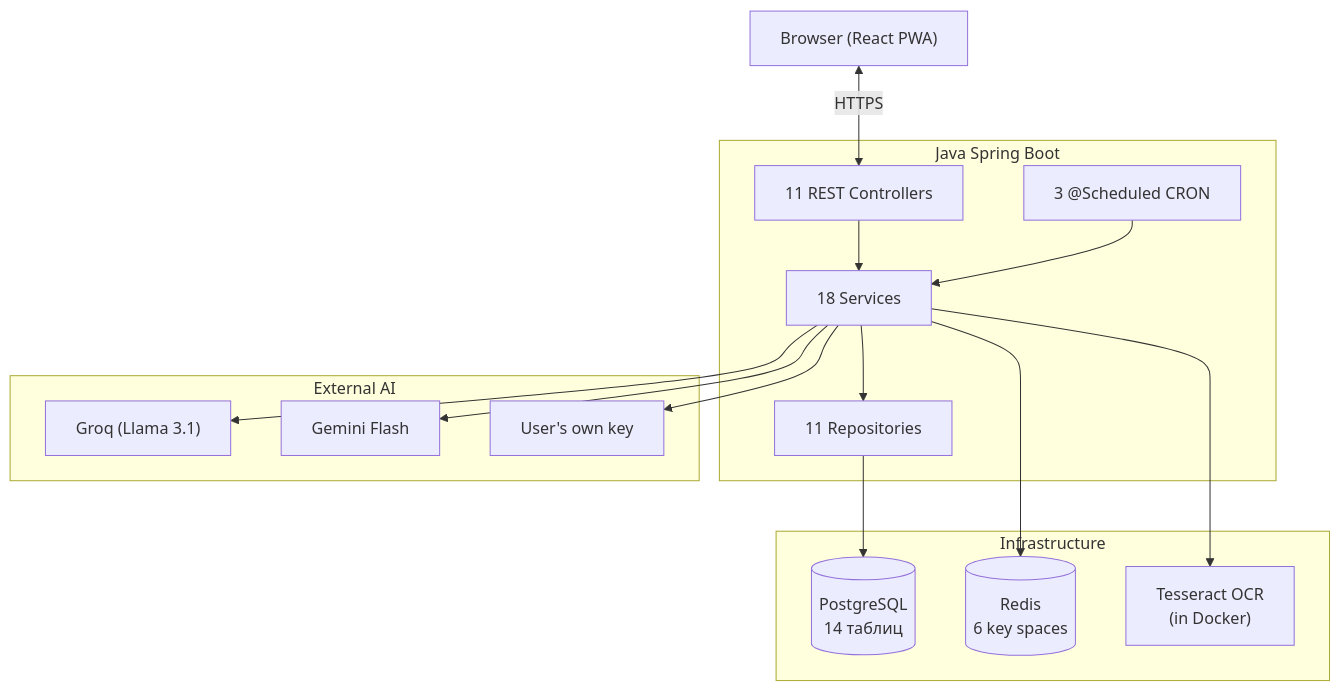
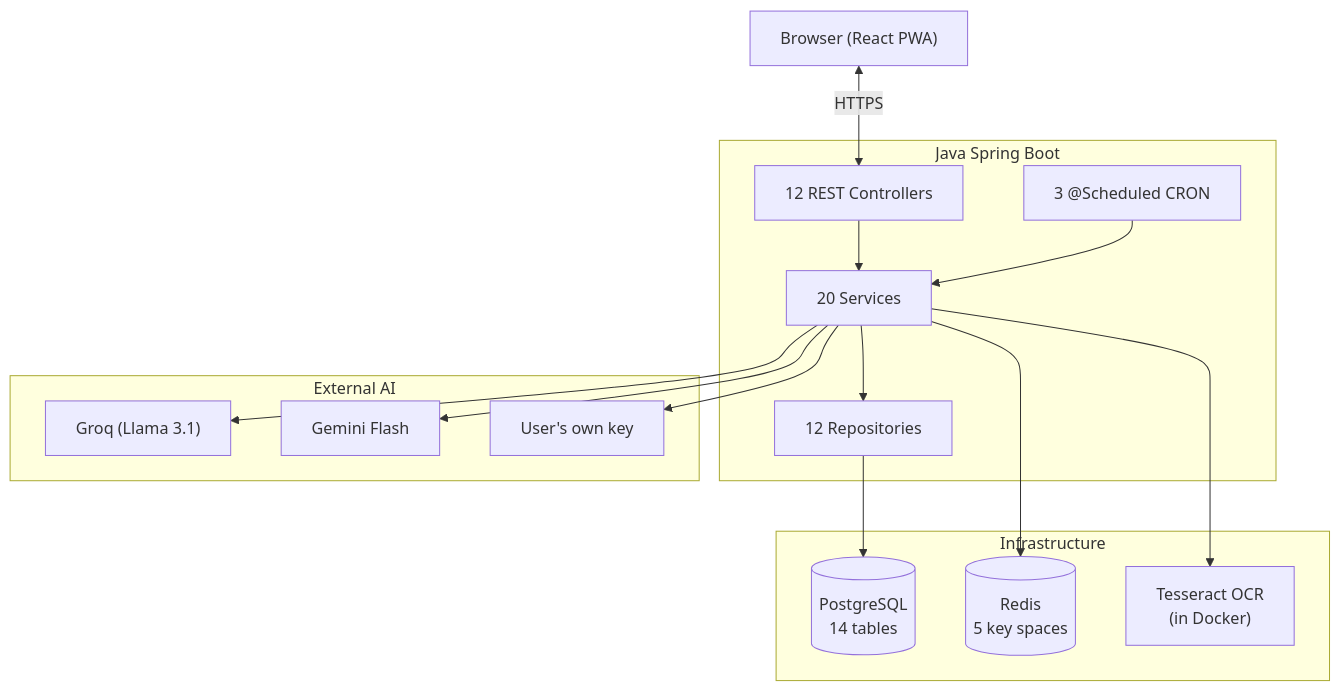
The second of 5 diagrams in docs/README.md (botmaksim/lingua-optima), drawn with Mermaid before and after one commit. The commit also changed other lines of this file and 6 other files, not shown here.

````diff
--- a/docs/README.md
+++ b/docs/README.md
@@ -113,34 +113,34 @@
 ```mermaid
 flowchart TD
     Client["Browser (React PWA)"]
     
     subgraph Backend ["Java Spring Boot"]
-        Controllers["11 REST Controllers"]
-        Services["18 Services"]
-        Repos["11 Repositories"]
+        Controllers["12 REST Controllers"]
+        Services["20 Services"]
+        Repos["12 Repositories"]
         Schedulers["3 @Scheduled CRON"]
     end
 
     subgraph External ["External AI"]
         GROQ["Groq (Llama 3.1)"]
         GEM["Gemini Flash"]
         OWN["User's own key"]
     end
 
     subgraph Infra ["Infrastructure"]
-        PG[("PostgreSQL\n14 таблиц")]
-        RD[("Redis\n6 key spaces")]
+        PG[("PostgreSQL\n14 tables")]
+        RD[("Redis\n5 key spaces")]
         TESS["Tesseract OCR\n(in Docker)"]
     end
 
     Client <-->|HTTPS| Controllers
     Controllers --> Services
     Services --> Repos
     Repos --> PG
     Services --> RD
     Services --> GROQ
     Services --> GEM
     Services --> OWN
     Services --> TESS
     Schedulers --> Services
 ```
````
